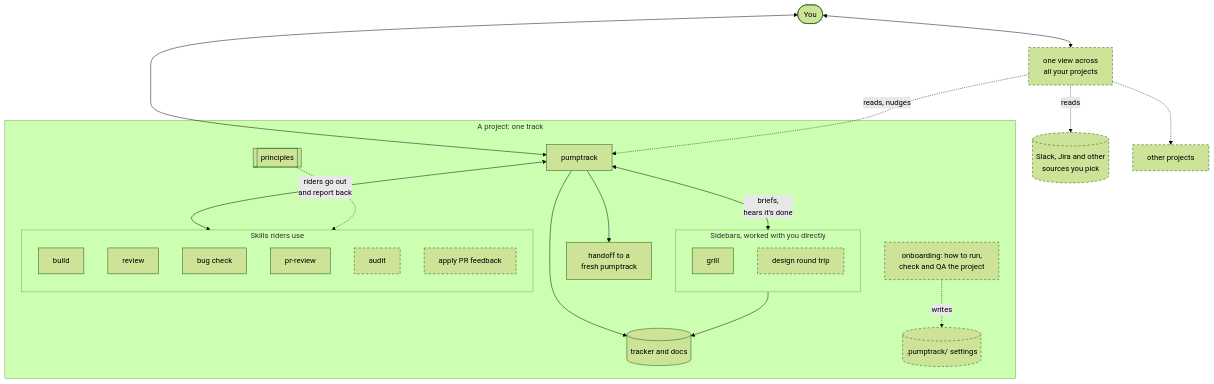
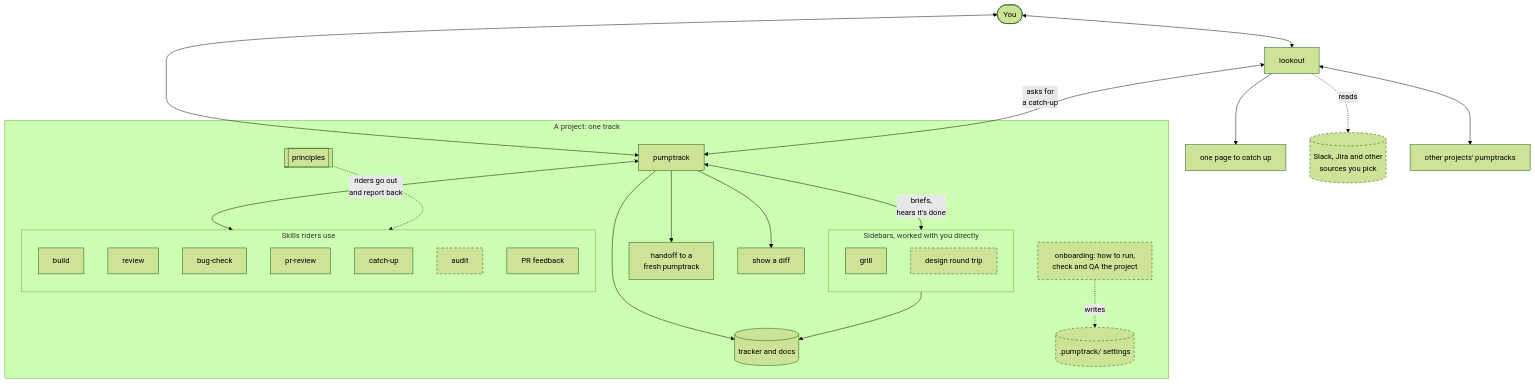
Before and after one commit to brandonbews/pumptrack: the second of 2 diagrams in README.md, drawn with Mermaid (forest theme). The commit also changed other lines of this file and 1 other file, not shown here.

Commit message:
README: V0.1 adds catch-up, the lookout, PR feedback and show-diff; CLAUDE.md: commits name no agent

````diff
--- a/README.md
+++ b/README.md
@@ -49,46 +56,51 @@
 ```mermaid
 flowchart TD
   you(["You"])
-  across["one view across<br/>all your projects"]
+  lookout["lookout"]
+  page["one page to catch up"]
   sources[("Slack, Jira and other<br/>sources you pick")]
-  others["other projects"]
+  others["other projects' pumptracks"]
 
   subgraph track["A project: one track"]
     pt["pumptrack"]
     subgraph sides["Sidebars, worked with you directly"]
       direction TB
       grill["grill"]
       design["design round trip"]
     end
     records[("tracker and docs")]
     handoff["handoff to a<br/>fresh pumptrack"]
+    diff["show a diff"]
     onboarding["onboarding: how to run,<br/>check and QA the project"]
     settings[(".pumptrack/ settings")]
     principles[["principles"]]
     subgraph skills["Skills riders use"]
       direction TB
       build["build"]
       review["review"]
-      bugs["bug check"]
+      bugs["bug-check"]
       prreview["pr-review"]
+      catchup["catch-up"]
       audit["audit"]
-      apply["apply PR feedback"]
+      feedback["PR feedback"]
     end
   end
 
-  you <--> across
+  you <--> lookout
   you <--> pt
-  across -.->|reads, nudges| pt
-  across -.-> others
-  across -.->|reads| sources
+  lookout <-->|"asks for<br/>a catch-up"| pt
+  lookout <--> others
+  lookout --> page
+  lookout -.->|reads| sources
   pt <-->|"riders go out<br/>and report back"| skills
   pt <-->|"briefs,<br/>hears it's done"| sides
   pt --> handoff
+  pt --> diff
   pt --> records
   sides --> records
   onboarding -.->|writes| settings
   principles -.-> skills
 
   classDef later stroke-dasharray: 5 4
-  class across,sources,others,design,onboarding,settings,audit,apply later
+  class sources,design,onboarding,settings,audit later
 ```
````
